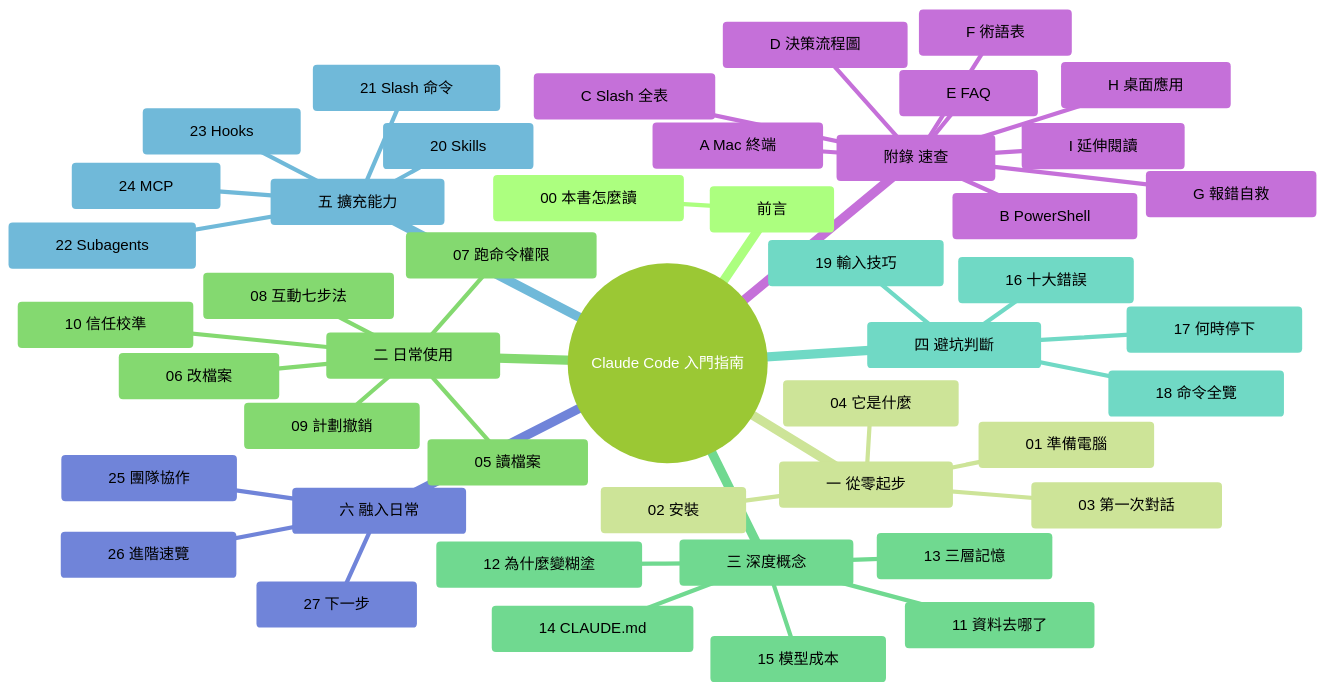
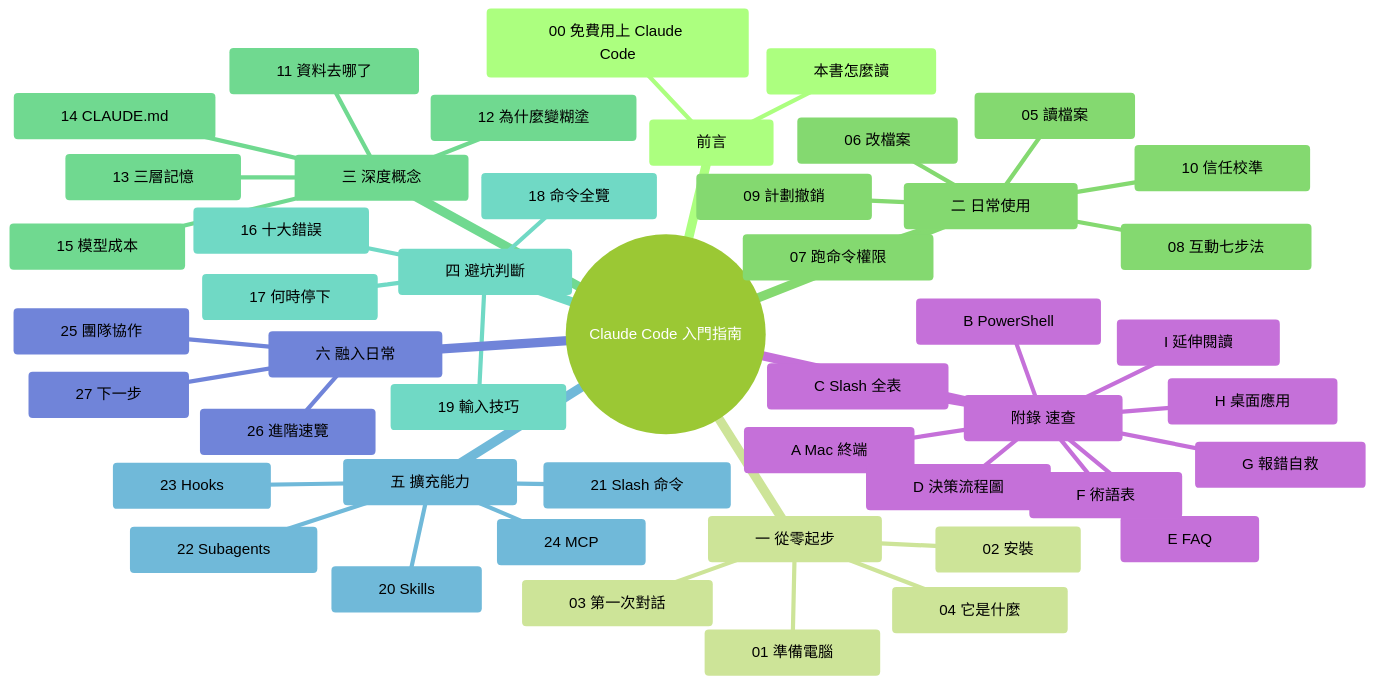
The diagram in zh-TW/manuscript/00-前言/00-本書怎麼讀.md (mali9527/claude-code-full-guide-for-beginners), drawn with Mermaid before and after one commit. The commit also changed other lines of this file and 14 other files, not shown here.

First line of the commit message:
feat(chapter-0): 新增第 0 章「先告诉你怎么免费用上 Claude Code」

````diff
--- a/zh-TW/manuscript/00-前言/00-本書怎麼讀.md
+++ b/zh-TW/manuscript/00-前言/00-本書怎麼讀.md
@@ -10,61 +10,62 @@
 ```mermaid
 ---
 config:
   useMaxWidth: false
   theme: forest
   themeVariables:
     fontFamily: "-apple-system, 'SF Pro Text', 'PingFang SC', 'Helvetica Neue', sans-serif"
     fontSize: "18px"
     lineColor: "#D9D9D9"
   mindmap:
     padding: 28
     useMaxWidth: false
 ---
 mindmap
   root((Claude Code 入門指南))
     前言
-      00 本書怎麼讀
+      本書怎麼讀
+      00 免費用上 Claude Code
     一 從零起步
       01 準備電腦
       02 安裝
       03 第一次對話
       04 它是什麼
     二 日常使用
       05 讀檔案
       06 改檔案
       07 跑命令權限
       08 互動七步法
       09 計劃撤銷
       10 信任校準
     三 深度概念
       11 資料去哪了
       12 為什麼變糊塗
       13 三層記憶
       14 CLAUDE.md
       15 模型成本
     四 避坑判斷
       16 十大錯誤
       17 何時停下
       18 命令全覽
       19 輸入技巧
     五 擴充能力
       20 Skills
       21 Slash 命令
       22 Subagents
       23 Hooks
       24 MCP
     六 融入日常
       25 團隊協作
       26 進階速覽
       27 下一步
     附錄 速查
       A Mac 終端
       B PowerShell
       C Slash 全表
       D 決策流程圖
       E FAQ
       F 術語表
       G 報錯自救
       H 桌面應用
       I 延伸閱讀
 ```
````
